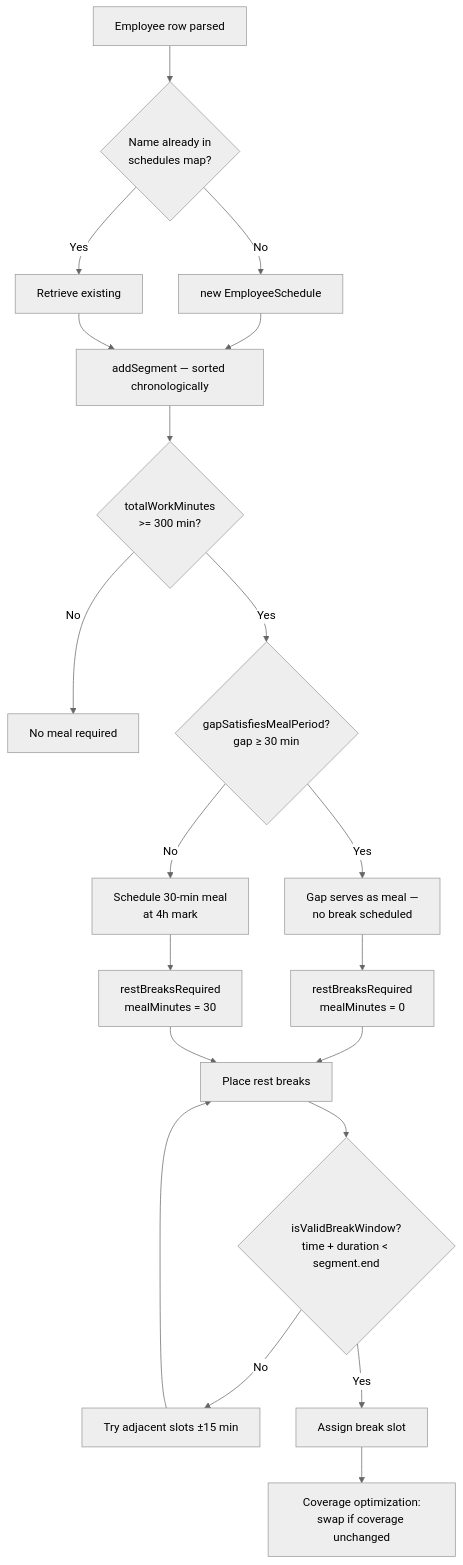
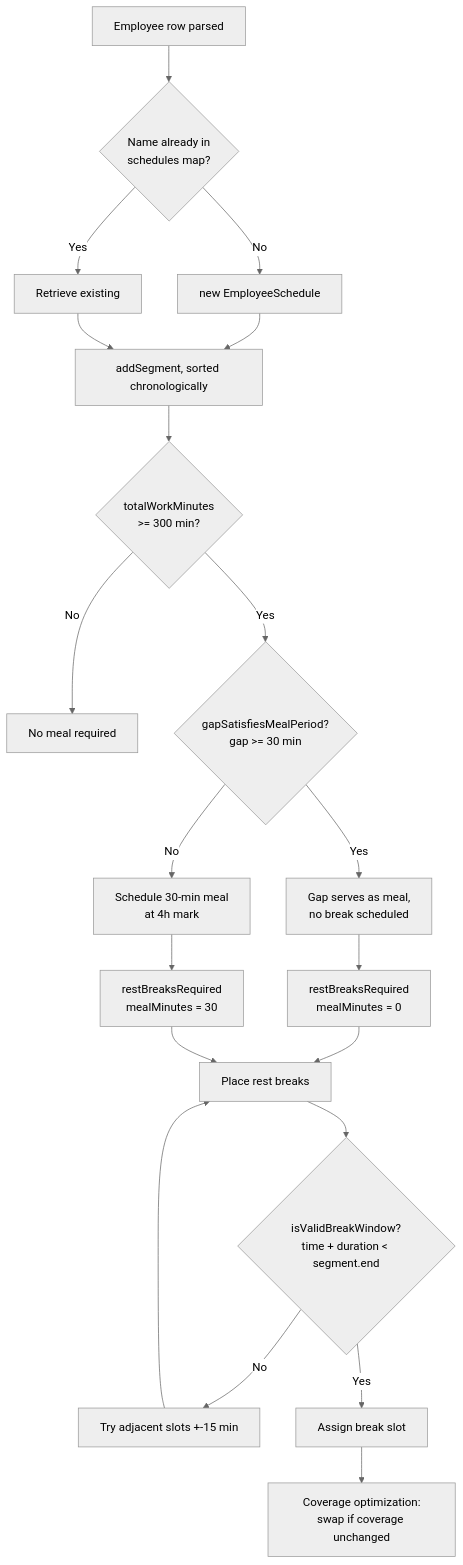
One commit to kadencampb/break-schedule-tool changed the fourth of 6 diagrams in README.md. Above: the diagram before and after it, drawn with Mermaid (neutral theme). The commit also changed other lines of this file, not shown here.

````diff
--- a/README.md
+++ b/README.md
@@ -207,22 +210,22 @@
 ```mermaid
 flowchart TD
     A[Employee row parsed] --> B{Name already in\nschedules map?}
     B -- No --> C[new EmployeeSchedule]
     B -- Yes --> D[Retrieve existing]
-    C --> E[addSegment — sorted chronologically]
+    C --> E[addSegment, sorted chronologically]
     D --> E
     E --> F{totalWorkMinutes\n>= 300 min?}
     F -- No --> G[No meal required]
-    F -- Yes --> H{gapSatisfiesMealPeriod?\ngap ≥ 30 min}
-    H -- Yes --> I[Gap serves as meal —\nno break scheduled]
+    F -- Yes --> H{gapSatisfiesMealPeriod?\ngap >= 30 min}
+    H -- Yes --> I[Gap serves as meal,\nno break scheduled]
     H -- No --> J[Schedule 30-min meal\nat 4h mark]
     I --> K[restBreaksRequired\nmealMinutes = 0]
     J --> L[restBreaksRequired\nmealMinutes = 30]
     K --> M[Place rest breaks]
     L --> M
     M --> N{isValidBreakWindow?\ntime + duration < segment.end}
-    N -- No --> O[Try adjacent slots ±15 min]
+    N -- No --> O[Try adjacent slots +-15 min]
     O --> M
     N -- Yes --> P[Assign break slot]
     P --> Q[Coverage optimization:\nswap if coverage unchanged]
 ```
````
